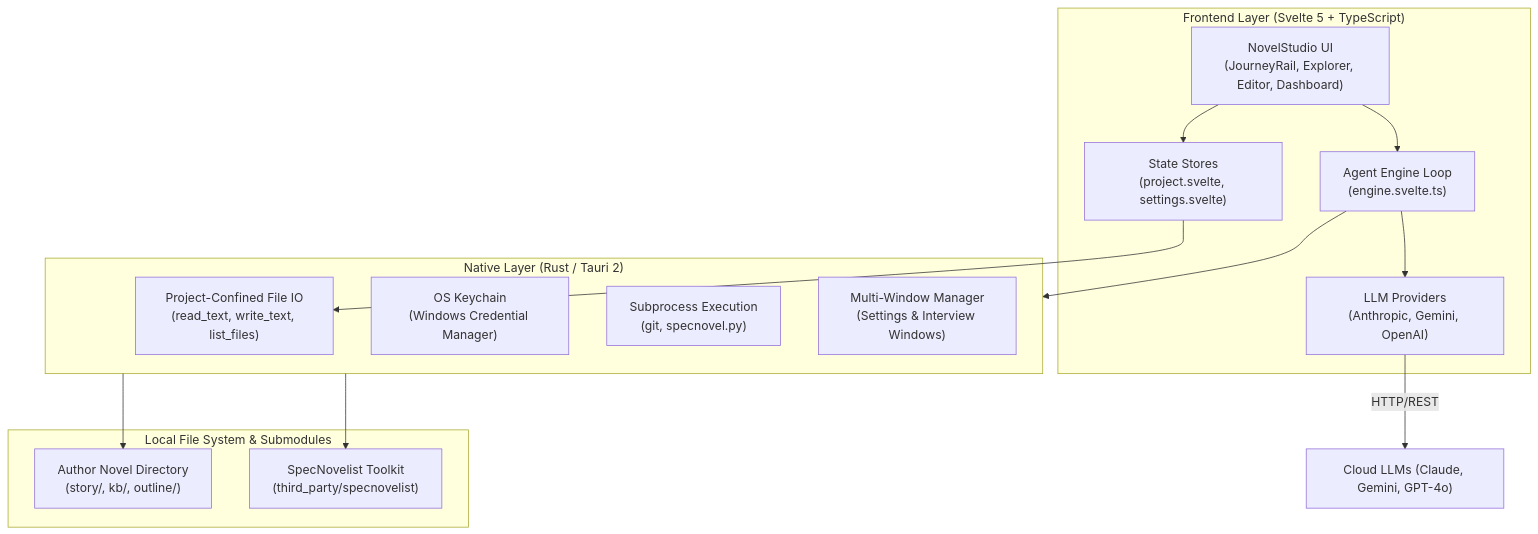
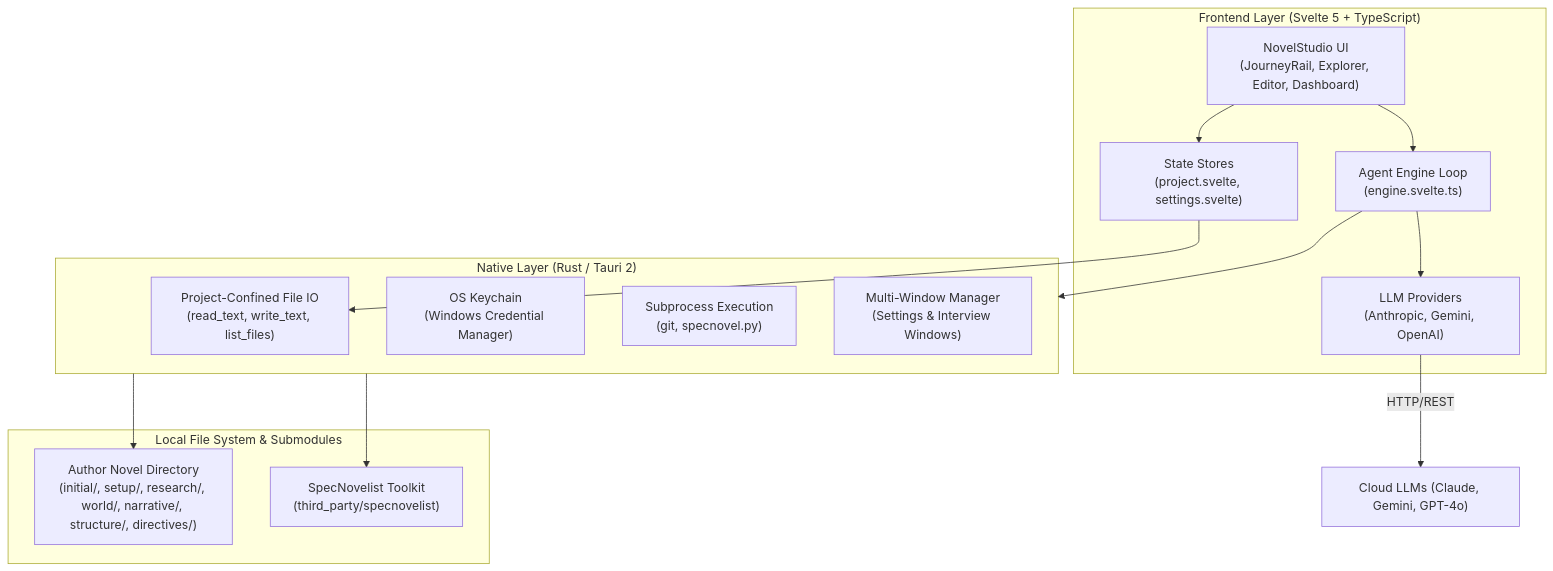
Before and after one commit to junov/NovelStudio: the diagram in spec/architecture.md, drawn with Mermaid. The commit also changed 24 other files, not shown here.

First line of the commit message:
spec-sync: Adapt NovelStudio to 9-stage SpecNovelist pipeline, entity taxonomy, and 5-skill architecture

````diff
--- a/spec/architecture.md
+++ b/spec/architecture.md
@@ -6,30 +6,30 @@
 ```mermaid
 flowchart TD
     subgraph Frontend["Frontend Layer (Svelte 5 + TypeScript)"]
         UI["NovelStudio UI\n(JourneyRail, Explorer, Editor, Dashboard)"]
         Store["State Stores\n(project.svelte, settings.svelte)"]
         Agent["Agent Engine Loop\n(engine.svelte.ts)"]
         Providers["LLM Providers\n(Anthropic, Gemini, OpenAI)"]
     end
 
     subgraph Native["Native Layer (Rust / Tauri 2)"]
         FS["Project-Confined File IO\n(read_text, write_text, list_files)"]
         Sec["OS Keychain\n(Windows Credential Manager)"]
         Proc["Subprocess Execution\n(git, specnovel.py)"]
         Win["Multi-Window Manager\n(Settings & Interview Windows)"]
     end
 
     subgraph External["Local File System & Submodules"]
-        Novel["Author Novel Directory\n(story/, kb/, outline/)"]
+        Novel["Author Novel Directory\n(initial/, setup/, research/, world/, narrative/, structure/, directives/)"]
         Toolkit["SpecNovelist Toolkit\n(third_party/specnovelist)"]
     end
 
     UI --> Store
     UI --> Agent
     Agent --> Providers
     Providers -->|HTTP/REST| LLM["Cloud LLMs (Claude, Gemini, GPT-4o)"]
     Store --> FS
     Agent --> Native
     Native --> Novel
     Native --> Toolkit
 ```
````
